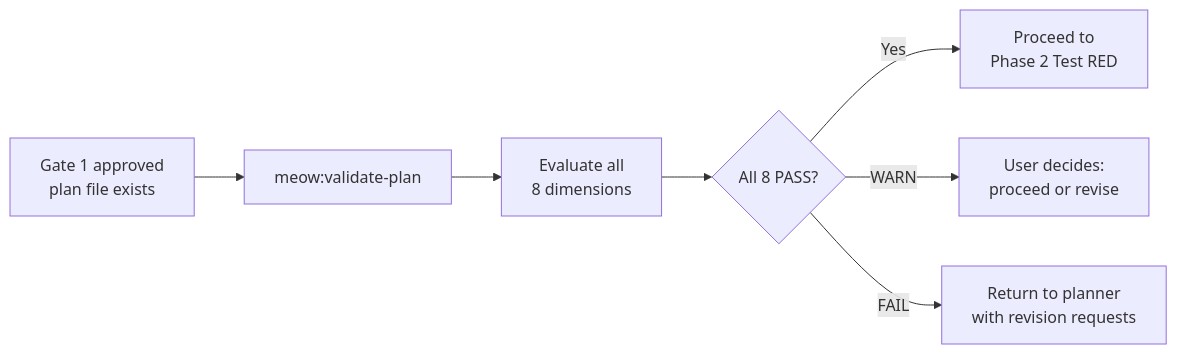
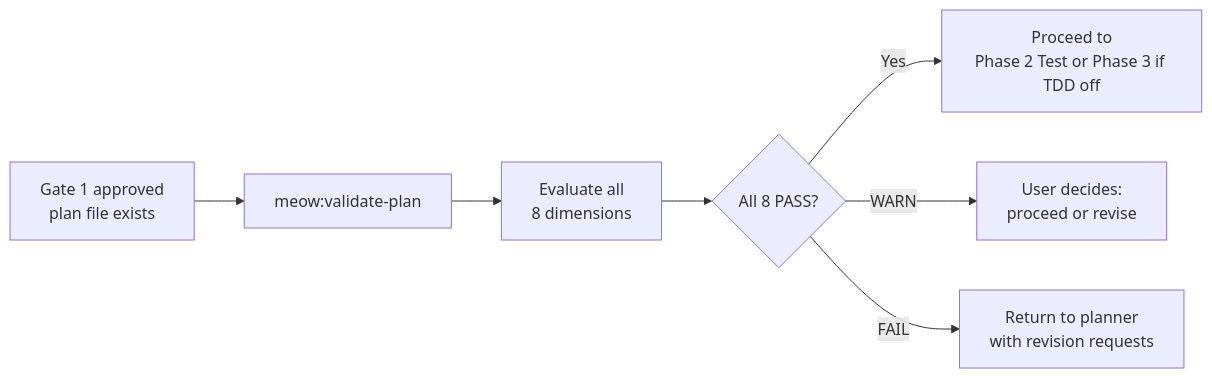
One commit to ngocsangyem/MeowKit changed the diagram in website/reference/skills/validate-plan.md. Above: the diagram before and after it, drawn with Mermaid. The commit also changed other lines of this file and 97 other files, not shown here.

````diff
--- a/website/reference/skills/validate-plan.md
+++ b/website/reference/skills/validate-plan.md
@@ -54,9 +54,9 @@
 ```mermaid
 flowchart LR
     A[Gate 1 approved\nplan file exists] --> B[meow:validate-plan]
     B --> C[Evaluate all\n8 dimensions]
     C --> D{All 8 PASS?}
-    D -- Yes --> E[Proceed to\nPhase 2 Test RED]
+    D -- Yes --> E[Proceed to\nPhase 2 Test or Phase 3 if TDD off]
     D -- WARN --> F[User decides:\nproceed or revise]
     D -- FAIL --> G[Return to planner\nwith revision requests]
 ```
````
